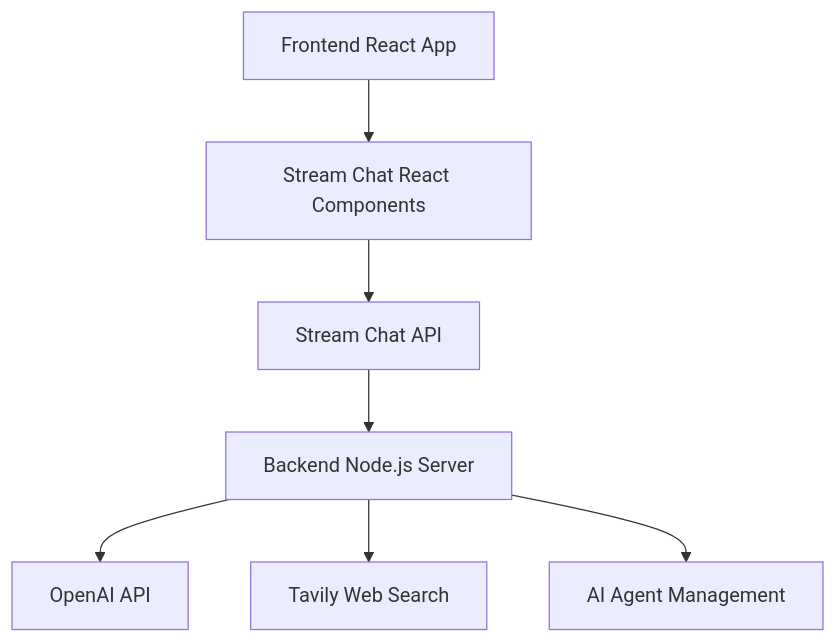
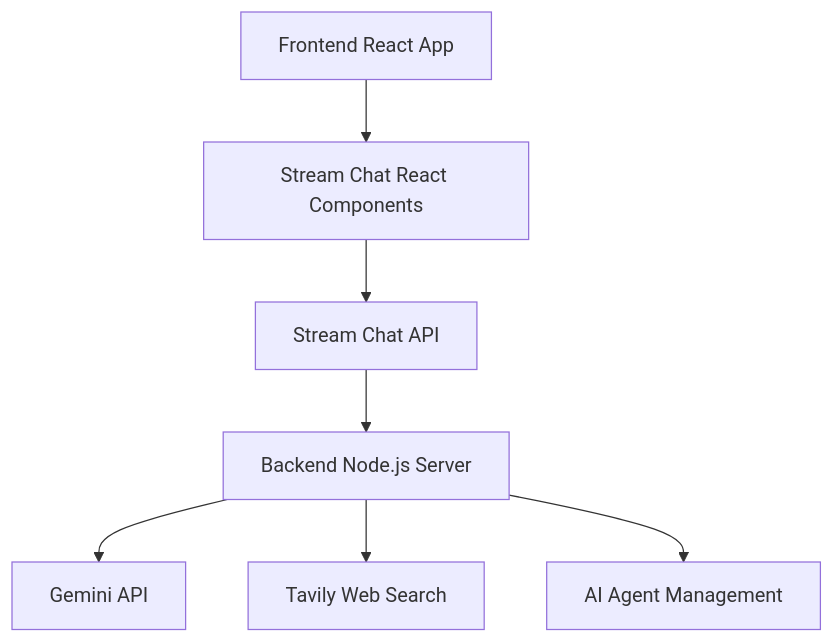
One commit to Pankajmonde/ai-chat changed the diagram in ai-chat-app-with-agents-getstream-main/README.md. Above: the diagram before and after it, drawn with Mermaid. The commit also changed other lines of this file, not shown here.

Commit message:
Gemini key

````diff
--- a/ai-chat-app-with-agents-getstream-main/README.md
+++ b/ai-chat-app-with-agents-getstream-main/README.md
@@ -170,9 +170,9 @@
 ```mermaid
 graph TD
     A[Frontend React App] --> B[Stream Chat React Components]
     B --> C[Stream Chat API]
     C --> D[Backend Node.js Server]
-    D --> E[OpenAI API]
+    D --> E[Gemini API]
     D --> F[Tavily Web Search]
     D --> G[AI Agent Management]
 ```
````
